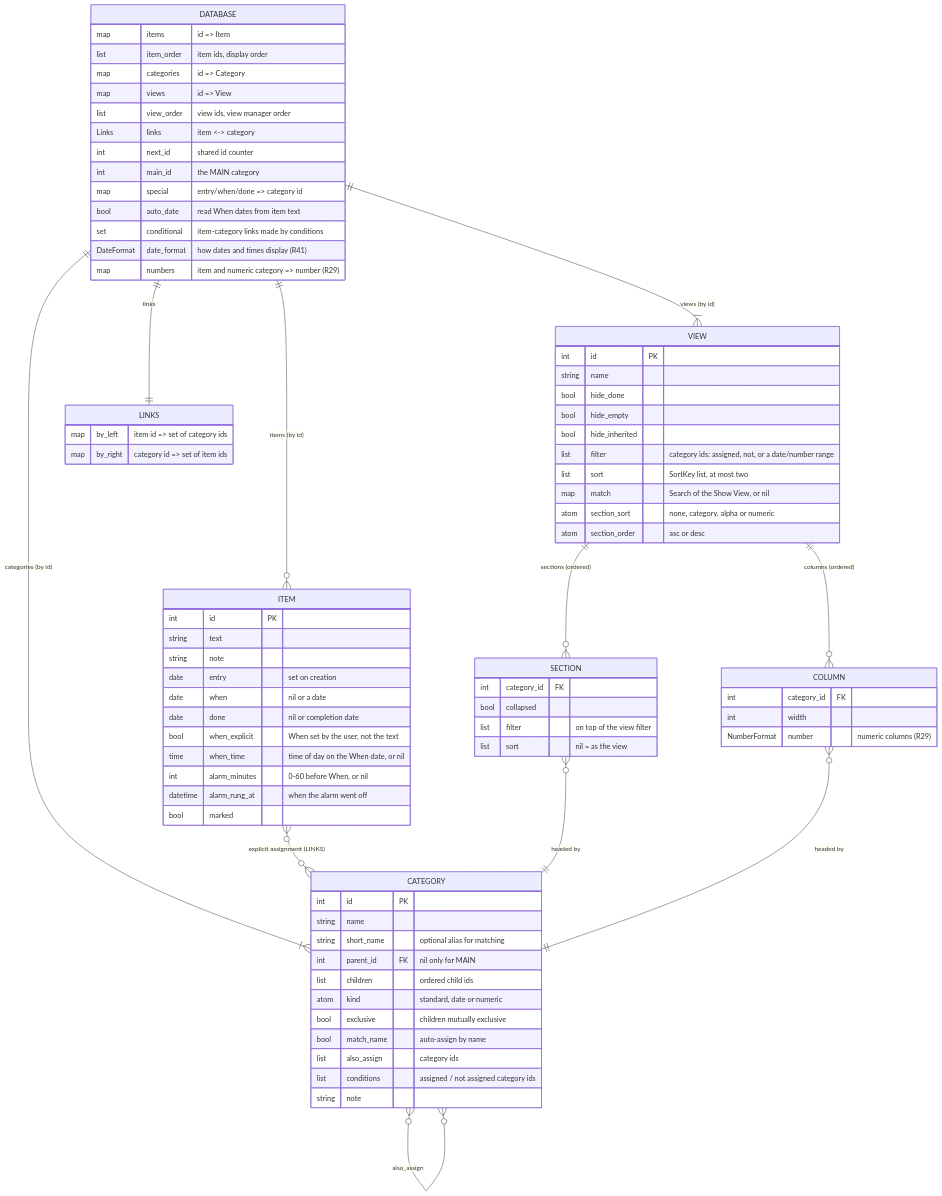
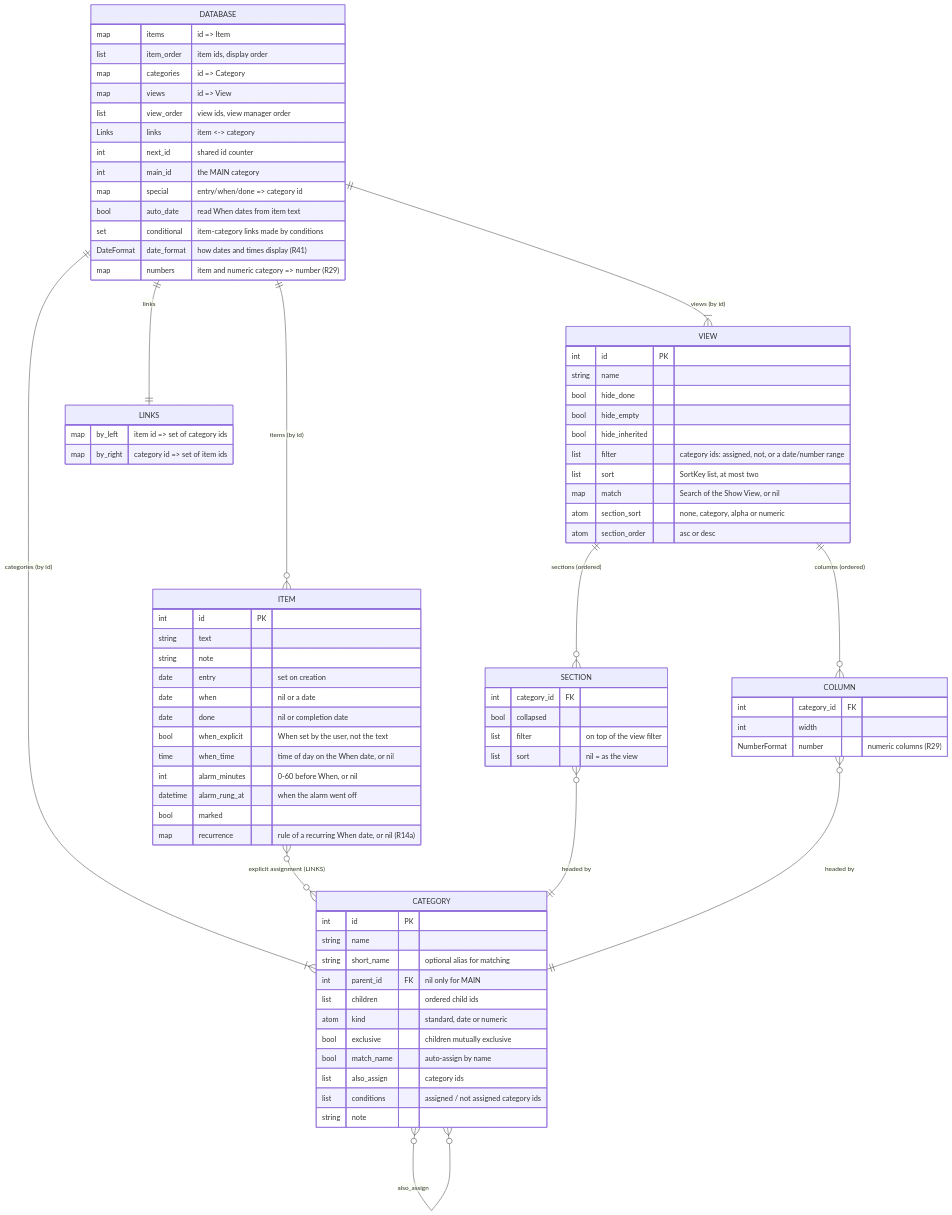
One commit to jamting/agendum changed the first of 6 diagrams in docs/DATA_MODEL.md. Above: the diagram before and after it, drawn with Mermaid. The commit also changed other lines of this file and 18 other files, not shown here.

```diff
--- a/docs/DATA_MODEL.md
+++ b/docs/DATA_MODEL.md
@@ -50,6 +50,7 @@
         int alarm_minutes "0-60 before When, or nil"
         datetime alarm_rung_at "when the alarm went off"
         bool marked
+        map recurrence "rule of a recurring When date, or nil (R14a)"
     }
     CATEGORY {
         int id PK
```
